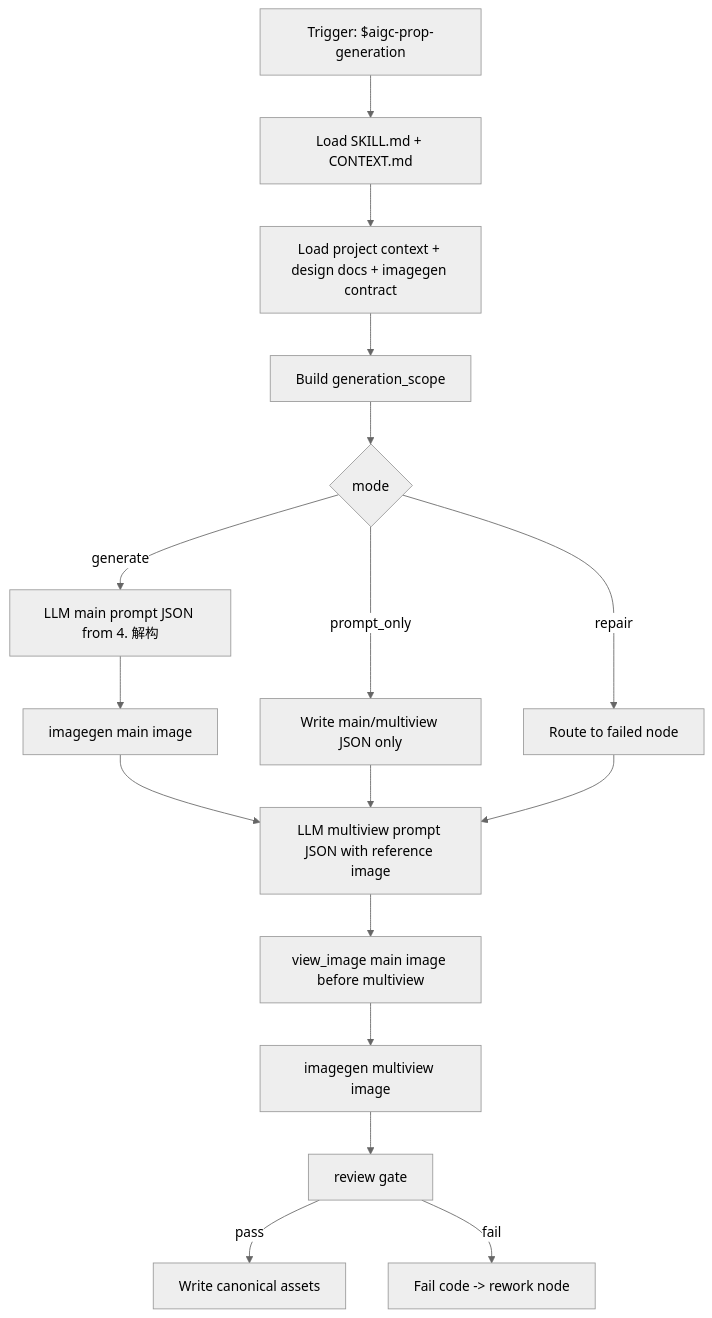
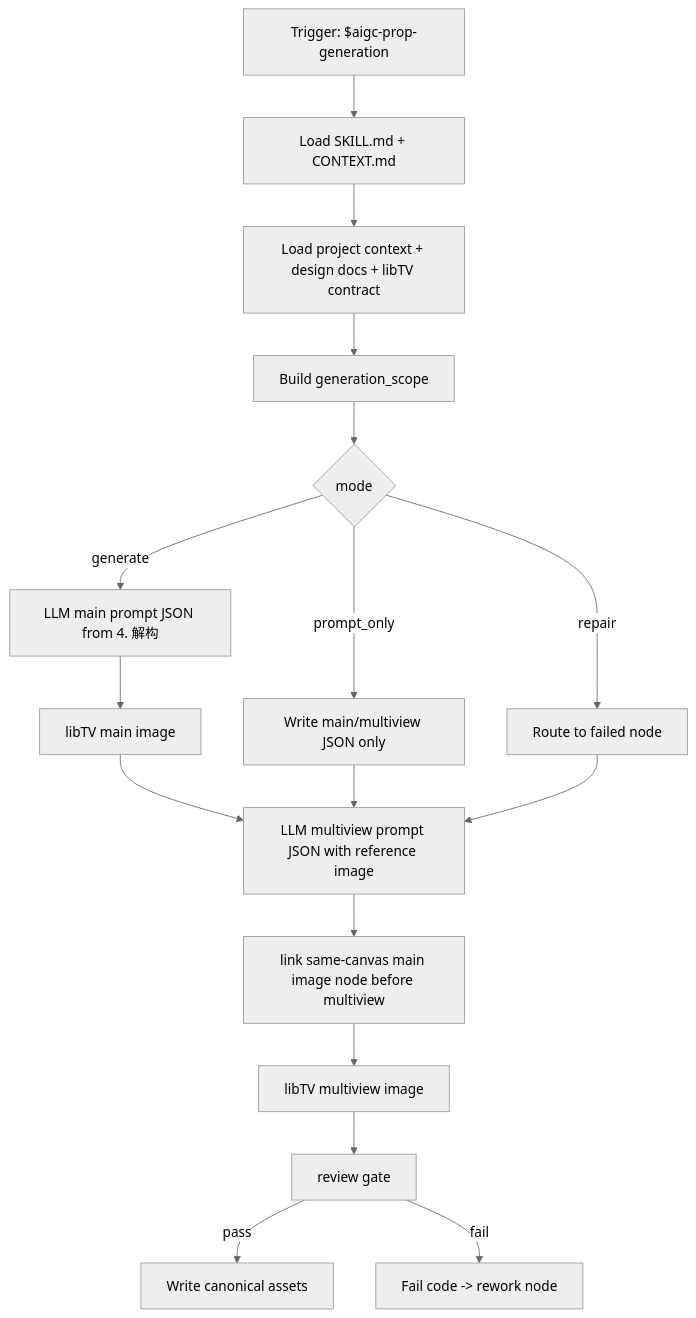
The first of 2 diagrams in .agents/skills/aigc/3-主体/道具/3-生成/SKILL.md (ZEN-VOID/AI-CUT), drawn with Mermaid (neutral theme) before and after one commit. The commit also changed other lines of this file and 439 other files, not shown here.

````diff
--- a/.agents/skills/aigc/3-主体/道具/3-生成/SKILL.md
+++ b/.agents/skills/aigc/3-主体/道具/3-生成/SKILL.md
@@ -230,19 +257,19 @@
 ```mermaid
 flowchart TD
     A["Trigger: $aigc-prop-generation"] --> B["Load SKILL.md + CONTEXT.md"]
-    B --> C["Load project context + design docs + imagegen contract"]
+    B --> C["Load project context + design docs + libTV contract"]
     C --> D["Build generation_scope"]
     D --> E{"mode"}
     E -->|"prompt_only"| F["Write main/multiview JSON only"]
     E -->|"generate"| G["LLM main prompt JSON from 4. 解构"]
     E -->|"repair"| H["Route to failed node"]
-    G --> I["imagegen main image"]
+    G --> I["libTV main image"]
     I --> J["LLM multiview prompt JSON with reference image"]
     F --> J
     H --> J
-    J --> K["view_image main image before multiview"]
-    K --> L["imagegen multiview image"]
+    J --> K["link same-canvas main image node before multiview"]
+    K --> L["libTV multiview image"]
     L --> M["review gate"]
     M -->|"pass"| N["Write canonical assets"]
     M -->|"fail"| O["Fail code -> rework node"]
 ```
````
